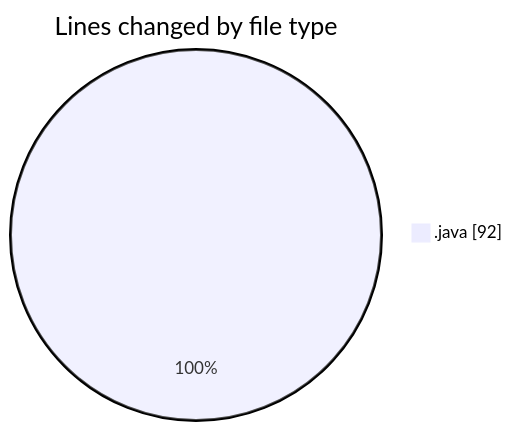
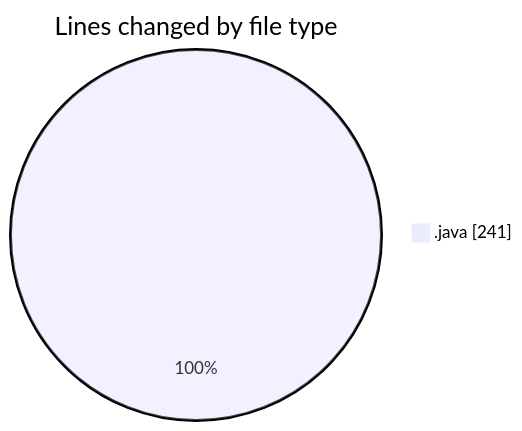
Before and after one commit to ricardozamudiocil/code-tracking: the first of 2 diagrams in 2026-03-01/cilreports__workspace_/README.md, drawn with Mermaid. The commit also changed other lines of this file and 1 other file, not shown here.

````diff
--- a/2026-03-01/cilreports__workspace_/README.md
+++ b/2026-03-01/cilreports__workspace_/README.md
@@ -21,5 +22,5 @@
 ```mermaid
 pie showData
 title Lines changed by file type
-".java" : 92
+".java" : 241
 ```
````
